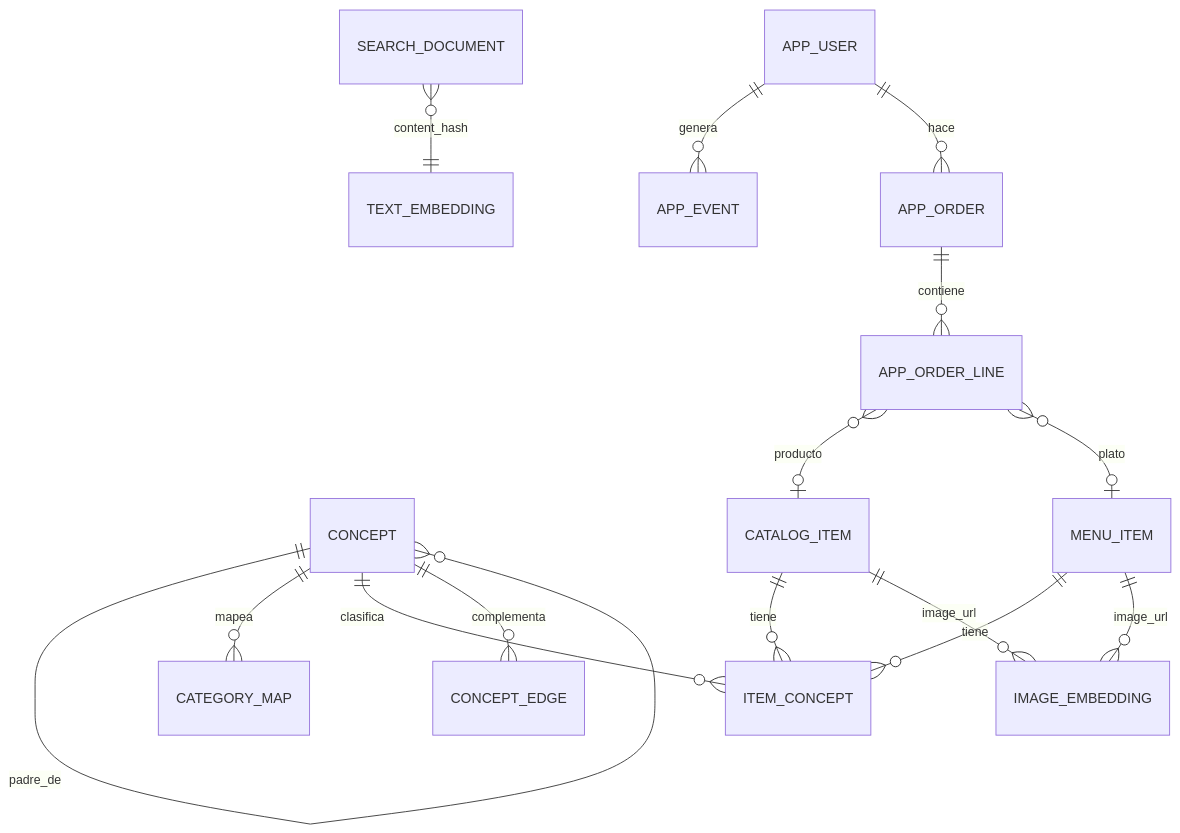
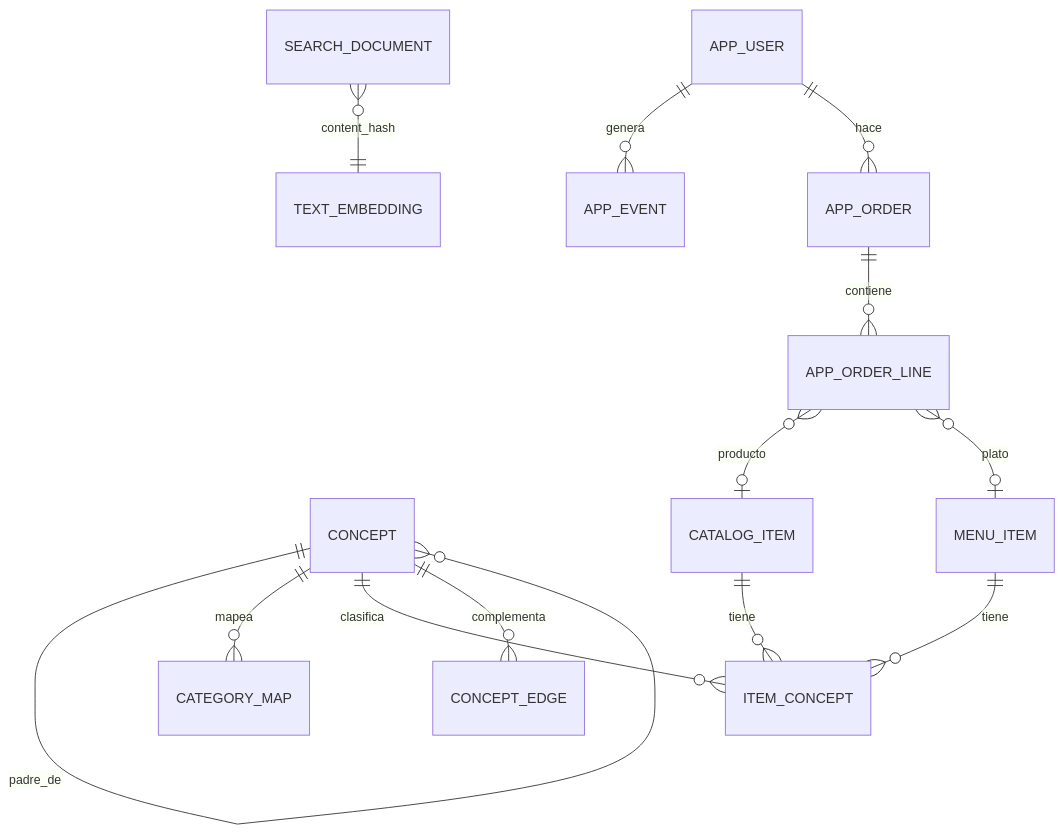
Before and after one commit to yungzyx/project-rappi-dlab-v0: the diagram in docs/diseno-ia.md, drawn with Mermaid. The commit also changed other lines of this file and 34 other files, not shown here.

````diff
--- a/docs/diseno-ia.md
+++ b/docs/diseno-ia.md
@@ -250,17 +238,15 @@
 ```mermaid
 erDiagram
     CONCEPT ||--o{ CONCEPT : padre_de
     CONCEPT ||--o{ CATEGORY_MAP : mapea
     CONCEPT ||--o{ ITEM_CONCEPT : clasifica
     CONCEPT ||--o{ CONCEPT_EDGE : complementa
     CATALOG_ITEM ||--o{ ITEM_CONCEPT : tiene
     MENU_ITEM ||--o{ ITEM_CONCEPT : tiene
     SEARCH_DOCUMENT }o--|| TEXT_EMBEDDING : "content_hash"
-    CATALOG_ITEM ||--o{ IMAGE_EMBEDDING : "image_url"
-    MENU_ITEM ||--o{ IMAGE_EMBEDDING : "image_url"
     APP_USER ||--o{ APP_EVENT : genera
     APP_USER ||--o{ APP_ORDER : hace
     APP_ORDER ||--o{ APP_ORDER_LINE : contiene
     APP_ORDER_LINE }o--o| CATALOG_ITEM : "producto"
     APP_ORDER_LINE }o--o| MENU_ITEM : "plato"
 ```
````
